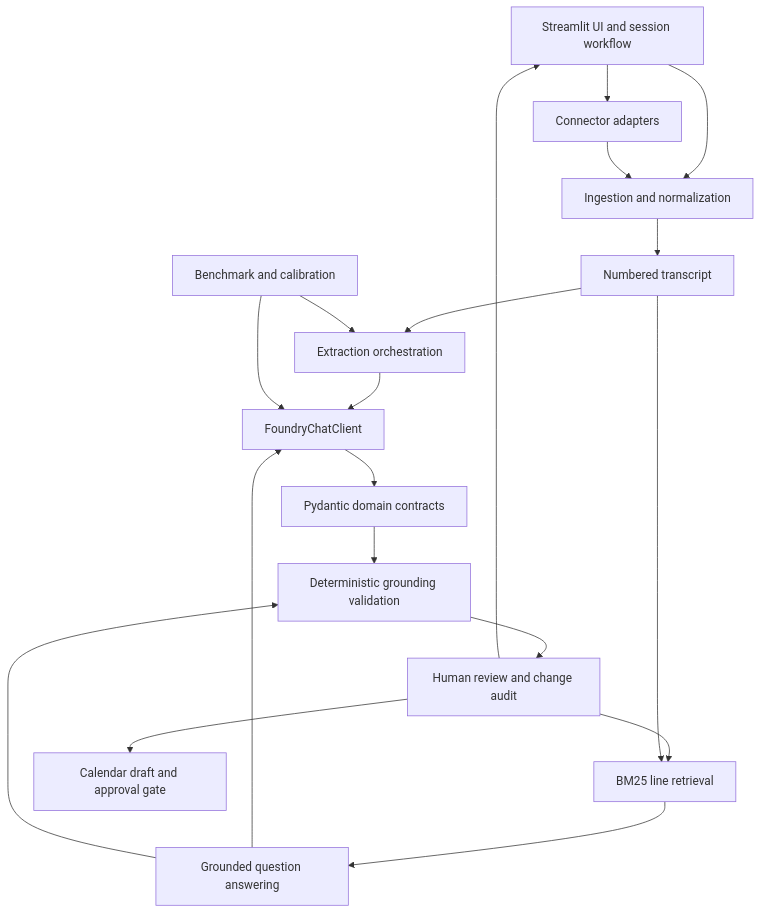
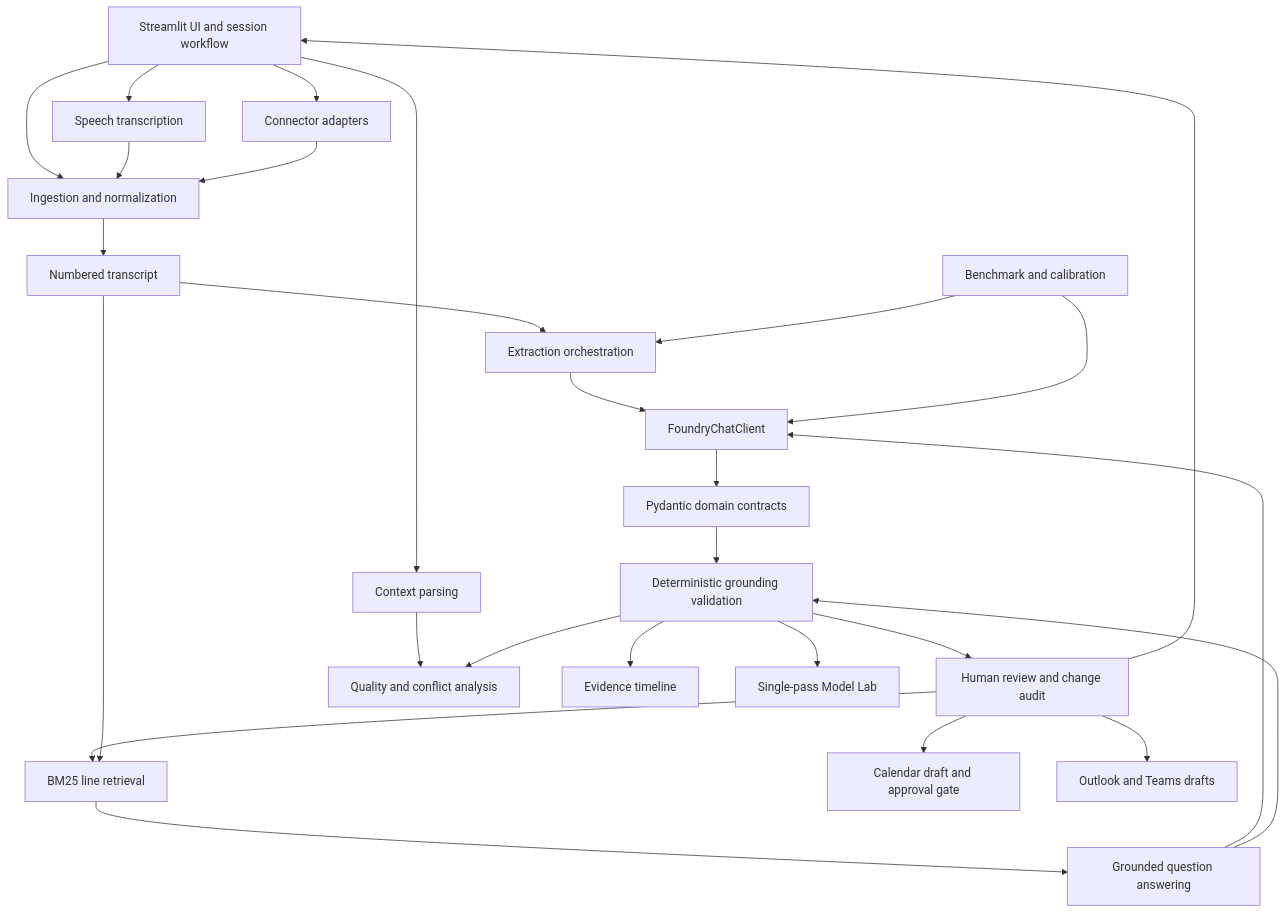
The second of 6 diagrams in SYSTEM_DESIGN.md (DeeptiNadkarni/meetingtoactionagent), drawn with Mermaid before and after one commit. The commit also changed other lines of this file and 6 other files, not shown here.

````diff
--- a/SYSTEM_DESIGN.md
+++ b/SYSTEM_DESIGN.md
@@ -147,35 +155,47 @@
 ```mermaid
 flowchart TB
     UI[Streamlit UI and session workflow]
     Connectors[Connector adapters]
     Ingestion[Ingestion and normalization]
+    Speech[Speech transcription]
+    Context[Context parsing]
     Transcript[Numbered transcript]
     Extraction[Extraction orchestration]
     Contracts[Pydantic domain contracts]
     Validation[Deterministic grounding validation]
     Review[Human review and change audit]
+    Quality[Quality and conflict analysis]
+    Timeline[Evidence timeline]
     Retrieval[BM25 line retrieval]
     Ask[Grounded question answering]
     Calendar[Calendar draft and approval gate]
+    Workflows[Outlook and Teams drafts]
+    ModelLab[Single-pass Model Lab]
     Evaluation[Benchmark and calibration]
     Foundry[FoundryChatClient]
 
     UI --> Connectors
     UI --> Ingestion
+    UI --> Speech --> Ingestion
+    UI --> Context --> Quality
     Connectors --> Ingestion
     Ingestion --> Transcript
     Transcript --> Extraction
     Extraction --> Foundry
     Foundry --> Contracts
     Contracts --> Validation
     Validation --> Review
+    Validation --> Quality
+    Validation --> Timeline
     Review --> UI
     Review --> Retrieval
     Transcript --> Retrieval
     Retrieval --> Ask
     Ask --> Foundry
     Ask --> Validation
     Review --> Calendar
+    Review --> Workflows
+    Validation --> ModelLab
     Evaluation --> Extraction
     Evaluation --> Foundry
 ```
````
